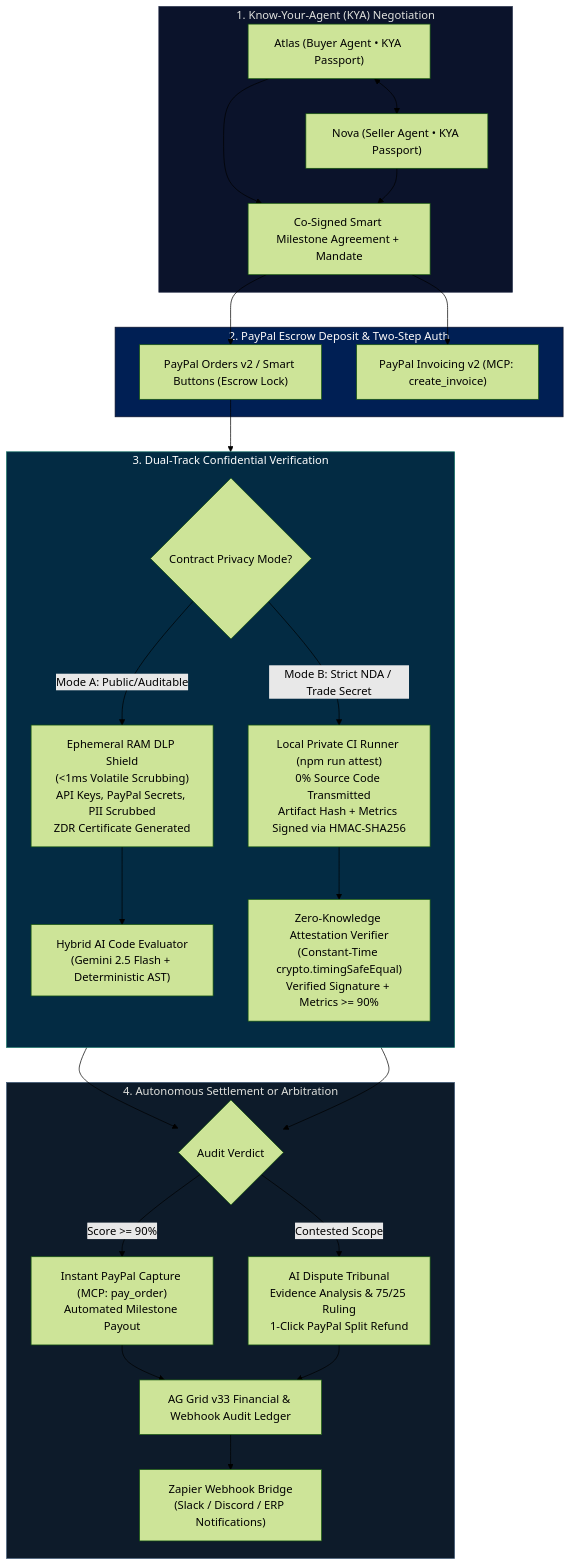
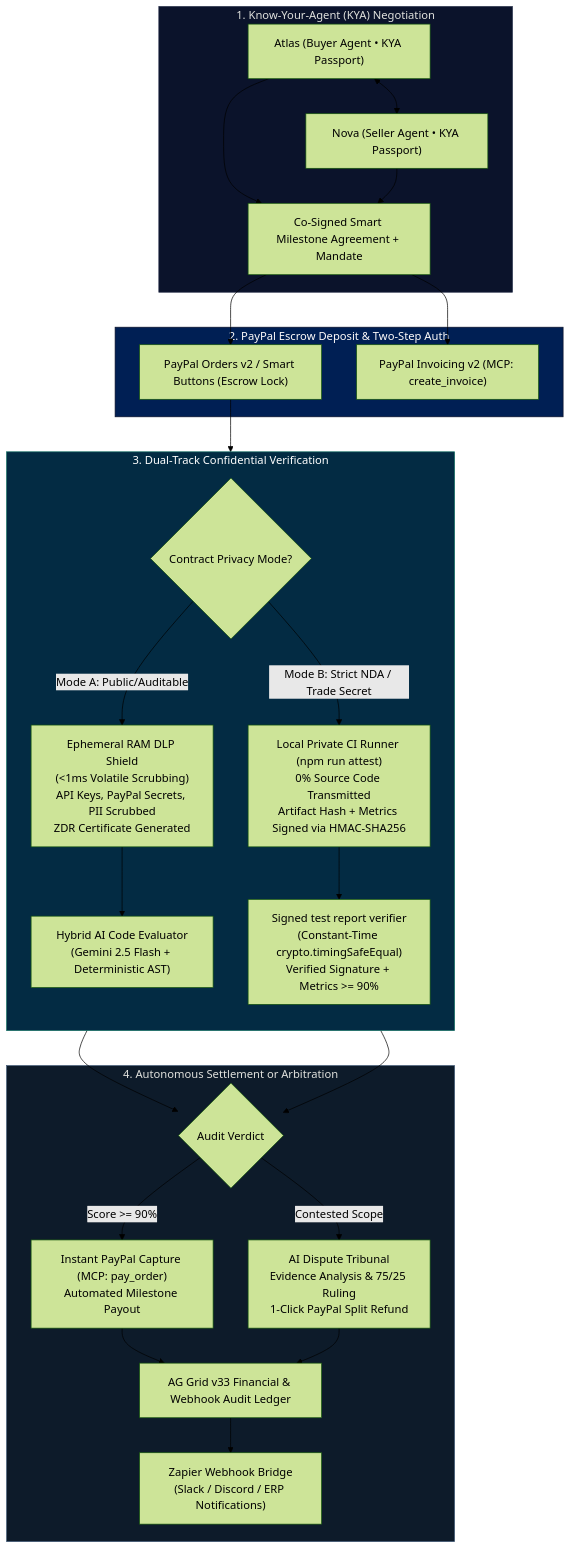
Before and after one commit to arispacco/nexuspay-ai: the first of 2 diagrams in README.md, drawn with Mermaid (forest theme). The commit also changed other lines of this file and 30 other files, not shown here.

First line of the commit message:
Redesign: guided four-step flow, real two-step PayPal escrow, honest modes

````diff
--- a/README.md
+++ b/README.md
@@ -41,36 +41,36 @@
 ```mermaid
 flowchart TD
     subgraph Step1 ["1. Know-Your-Agent (KYA) Negotiation"]
         BA["Atlas (Buyer Agent • KYA Passport)"] <--> SA["Nova (Seller Agent • KYA Passport)"]
         BA & SA --> SMA["Co-Signed Smart Milestone Agreement + Mandate"]
     end
 
     subgraph Step2 ["2. PayPal Escrow Deposit & Two-Step Auth"]
         SMA --> PP_ORD["PayPal Orders v2 / Smart Buttons (Escrow Lock)"]
         SMA --> PP_INV["PayPal Invoicing v2 (MCP: create_invoice)"]
     end
 
     subgraph Step3 ["3. Dual-Track Confidential Verification"]
         direction TB
         PP_ORD --> TRACK_CHOICE{"Contract Privacy Mode?"}
         
         TRACK_CHOICE -->|Mode A: Public/Auditable| RAM_DLP["Ephemeral RAM DLP Shield\n(<1ms Volatile Scrubbing)\nAPI Keys, PayPal Secrets, PII Scrubbed\nZDR Certificate Generated"]
         RAM_DLP --> AI_EVAL["Hybrid AI Code Evaluator\n(Gemini 2.5 Flash + Deterministic AST)"]
         
         TRACK_CHOICE -->|Mode B: Strict NDA / Trade Secret| LOCAL_CI["Local Private CI Runner (npm run attest)\n0% Source Code Transmitted\nArtifact Hash + Metrics Signed via HMAC-SHA256"]
-        LOCAL_CI --> ZK_VERIFY["Zero-Knowledge Attestation Verifier\n(Constant-Time crypto.timingSafeEqual)\nVerified Signature + Metrics >= 90%"]
+        LOCAL_CI --> ZK_VERIFY["Signed test report verifier\n(Constant-Time crypto.timingSafeEqual)\nVerified Signature + Metrics >= 90%"]
     end
 
     subgraph Step4 ["4. Autonomous Settlement or Arbitration"]
         AI_EVAL & ZK_VERIFY --> DECISION{"Audit Verdict"}
         DECISION -->|Score >= 90%| CAPTURE["Instant PayPal Capture (MCP: pay_order)\nAutomated Milestone Payout"]
         DECISION -->|Contested Scope| ARBITRATE["AI Dispute Tribunal\nEvidence Analysis & 75/25 Ruling\n1-Click PayPal Split Refund"]
         CAPTURE & ARBITRATE --> AG_GRID["AG Grid v33 Financial & Webhook Audit Ledger"]
         AG_GRID --> ZAPIER["Zapier Webhook Bridge\n(Slack / Discord / ERP Notifications)"]
     end
 
     style Step1 fill:#0B132B,stroke:#1C2541,color:#E0E1DD
     style Step2 fill:#001F54,stroke:#0A1128,color:#FEFCFB
     style Step3 fill:#032B43,stroke:#136F63,color:#FFFFFF
     style Step4 fill:#0D1B2A,stroke:#415A77,color:#E0E1DD
 ```
````
